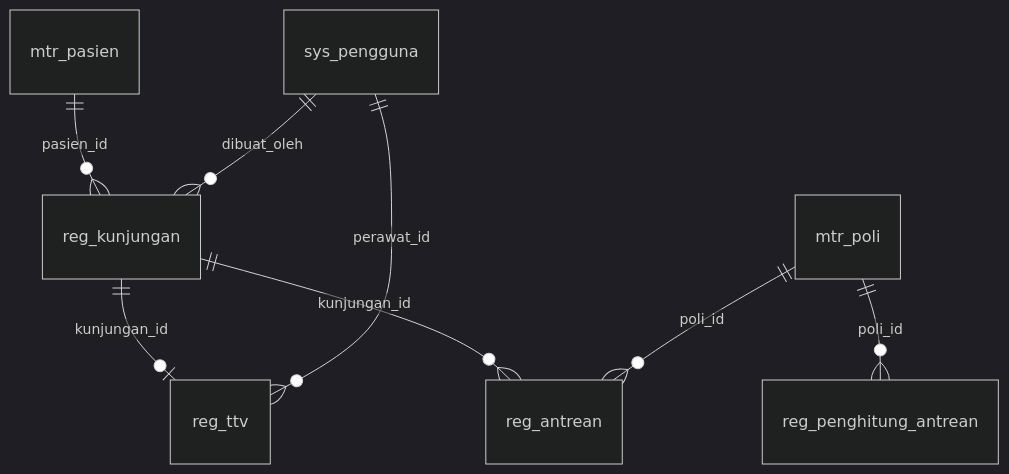
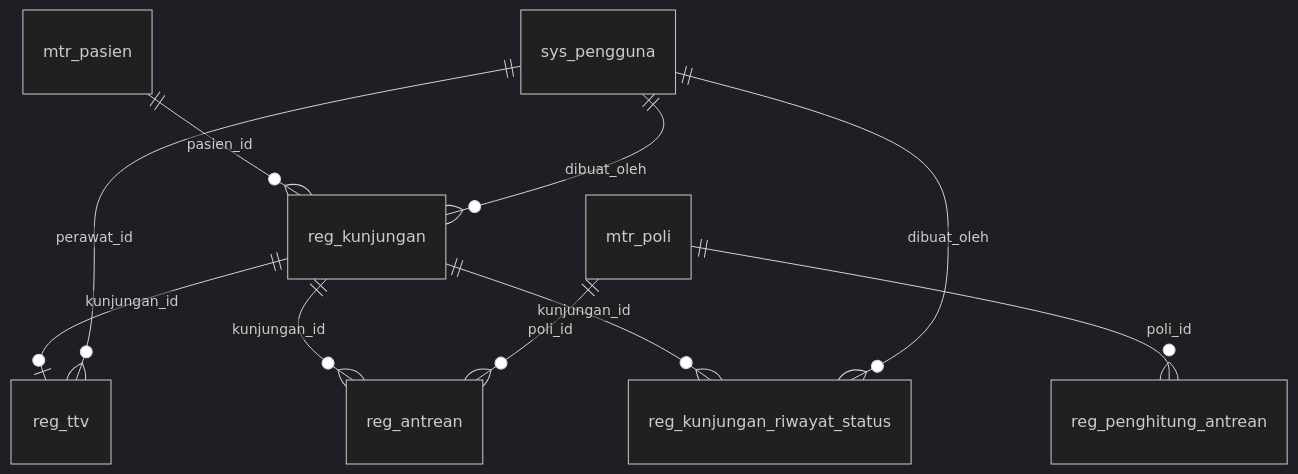
The third of 7 diagrams in docs/database.md (NiceCode9/klinik-avicena), drawn with Mermaid (dark theme) before and after one commit. The commit also changed other lines of this file and 75 other files, not shown here.

````diff
--- a/docs/database.md
+++ b/docs/database.md
@@ -82,10 +85,12 @@
 ```mermaid
 erDiagram
   mtr_pasien ||--o{ reg_kunjungan : "pasien_id"
   sys_pengguna ||--o{ reg_kunjungan : "dibuat_oleh"
   reg_kunjungan ||--o| reg_ttv : "kunjungan_id"
   sys_pengguna ||--o{ reg_ttv : "perawat_id"
   mtr_poli ||--o{ reg_penghitung_antrean : "poli_id"
   reg_kunjungan ||--o{ reg_antrean : "kunjungan_id"
   mtr_poli ||--o{ reg_antrean : "poli_id"
+  reg_kunjungan ||--o{ reg_kunjungan_riwayat_status : "kunjungan_id"
+  sys_pengguna ||--o{ reg_kunjungan_riwayat_status : "dibuat_oleh"
 ```
````
